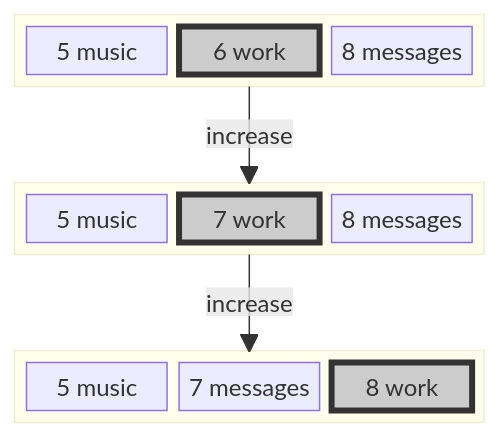
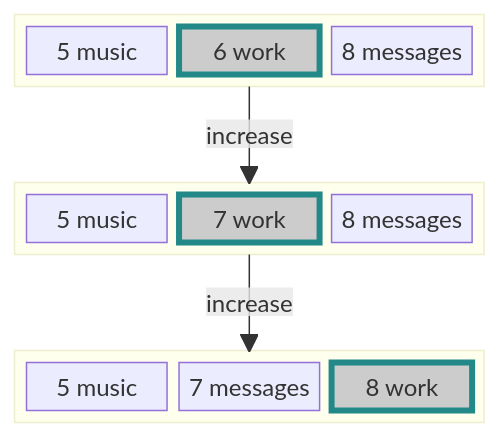
One commit to berezowski/swaymsg_workspace changed the sixth of 10 diagrams in README.md. Above: the diagram before and after it, drawn with Mermaid. The commit also changed other lines of this file, not shown here.

````diff
--- a/README.md
+++ b/README.md
@@ -175,26 +175,26 @@
 ```mermaid
 block-beta
   columns 3
   block:a:3
     A["5 music"]
     B["6 work"]
     C["8 messages"]
   end
   space:3
   block:b:3
     D["5 music"]
     E["7 work"]
     F["8 messages"]
   end
   space:3
   block:c:3
     G["5 music"]
     H["7 messages"]
     I["8 work"]
   end
   a -- "increase"--> b
   b -- "increase"--> c
-  style B fill:#ccc,stroke:#333,stroke-width:4px
-  style E fill:#ccc,stroke:#333,stroke-width:4px
-  style I fill:#ccc,stroke:#333,stroke-width:4px
+  style B fill:#ccc,stroke:#288,stroke-width:4px,color:#000
+  style E fill:#ccc,stroke:#288,stroke-width:4px,color:#000
+  style I fill:#ccc,stroke:#288,stroke-width:4px,color:#000
 ```
````
